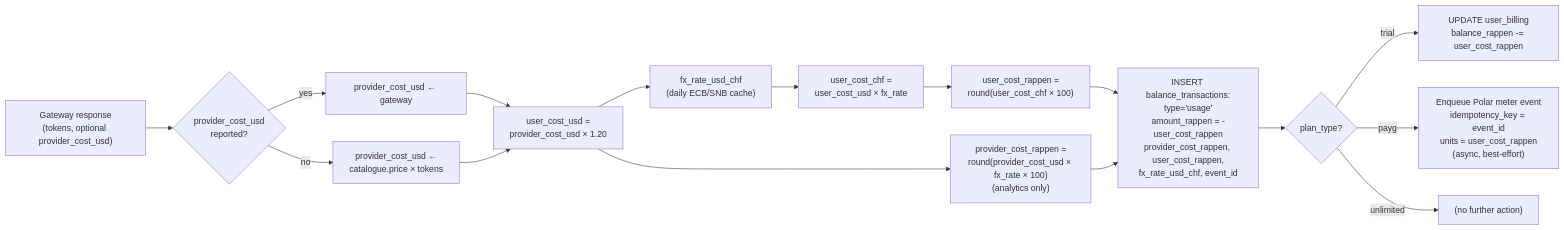
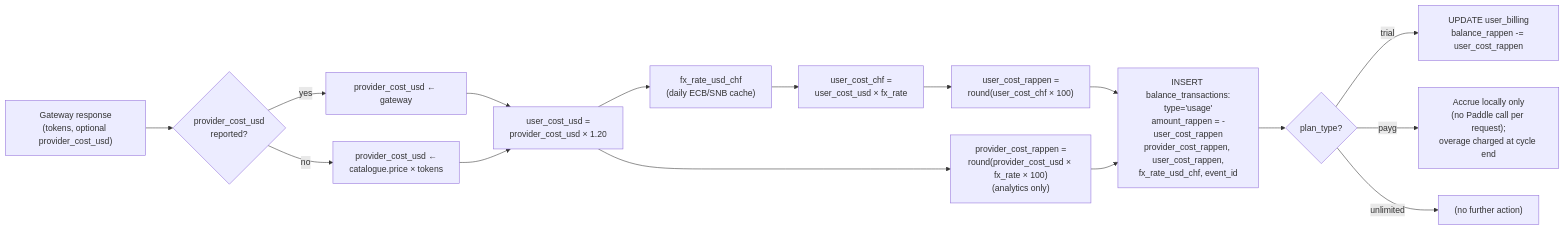
One commit to cognos-io/chat.cognos.io changed the first of 7 diagrams in docs/specs/billing.md. Above: the diagram before and after it, drawn with Mermaid. The commit also changed other lines of this file, not shown here.

````diff
--- a/docs/specs/billing.md
+++ b/docs/specs/billing.md
@@ -184,18 +193,18 @@
 ```mermaid
 flowchart LR
     A["Gateway response<br/>(tokens, optional provider_cost_usd)"] --> B{provider_cost_usd<br/>reported?}
     B -- yes --> C["provider_cost_usd ← gateway"]
     B -- no  --> D["provider_cost_usd ←<br/>catalogue.price × tokens"]
     C --> E
     D --> E["user_cost_usd =<br/>provider_cost_usd × 1.20"]
     E --> F["fx_rate_usd_chf<br/>(daily ECB/SNB cache)"]
     F --> G["user_cost_chf =<br/>user_cost_usd × fx_rate"]
     G --> H["user_cost_rappen =<br/>round(user_cost_chf × 100)"]
     E --> I["provider_cost_rappen =<br/>round(provider_cost_usd × fx_rate × 100)<br/>(analytics only)"]
     H --> J["INSERT balance_transactions:<br/>type='usage'<br/>amount_rappen = -user_cost_rappen<br/>provider_cost_rappen, user_cost_rappen,<br/>fx_rate_usd_chf, event_id"]
     I --> J
     J --> K{plan_type?}
     K -- trial --> L["UPDATE user_billing<br/>balance_rappen -= user_cost_rappen"]
-    K -- payg --> M["Enqueue Polar meter event<br/>idempotency_key = event_id<br/>units = user_cost_rappen<br/>(async, best-effort)"]
+    K -- payg --> M["Accrue locally only<br/>(no Paddle call per request);<br/>overage charged at cycle end"]
     K -- unlimited --> N["(no further action)"]
 ```
````
